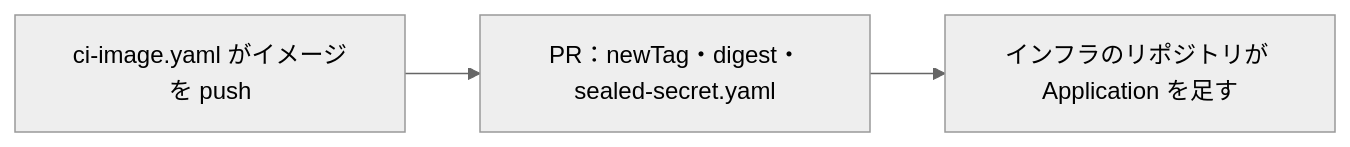
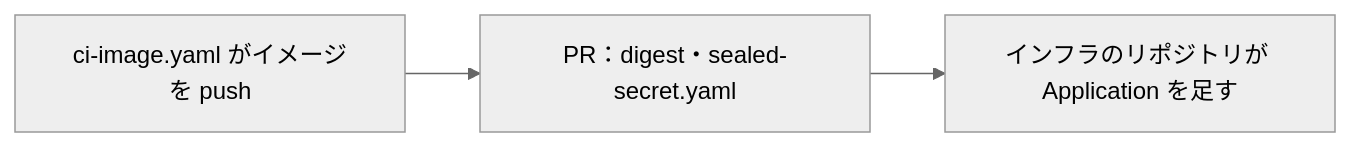
The second of 2 diagrams in README.ja.md (sumiredc/barpay), drawn with Mermaid (neutral theme) before and after one commit. The commit also changed other lines of this file and 3 other files, not shown here.

First line of the commit message:
Pin the demo image by its digest alone

````diff
--- a/README.ja.md
+++ b/README.ja.md
@@ -412,4 +412,4 @@
 ```mermaid
 flowchart LR
-  A[ci-image.yaml がイメージを push] --> B[PR：newTag・digest・sealed-secret.yaml] --> C[インフラのリポジトリが Application を足す]
+  A[ci-image.yaml がイメージを push] --> B[PR：digest・sealed-secret.yaml] --> C[インフラのリポジトリが Application を足す]
 ```
````
